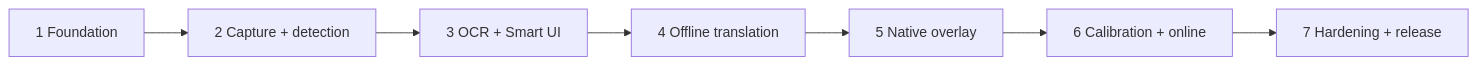
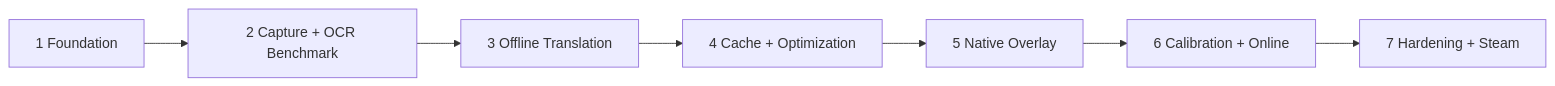
One commit to ajasismedia-dev/Subviora changed the diagram in docs/ROADMAP.md. Above: the diagram before and after it, drawn with Mermaid. The commit also changed other lines of this file and 42 other files, not shown here.

Commit message:
feat: implement game window detection, screen capture, and OCR benchmark (AG-02)

````diff
--- a/docs/ROADMAP.md
+++ b/docs/ROADMAP.md
@@ -17,4 +17,4 @@
 ```mermaid
 flowchart LR
-  S1["1 Foundation"] --> S2["2 Capture + detection"] --> S3["3 OCR + Smart UI"] --> S4["4 Offline translation"] --> S5["5 Native overlay"] --> S6["6 Calibration + online"] --> S7["7 Hardening + release"]
+  S1["1 Foundation"] --> S2["2 Capture + OCR Benchmark"] --> S3["3 Offline Translation"] --> S4["4 Cache + Optimization"] --> S5["5 Native Overlay"] --> S6["6 Calibration + Online"] --> S7["7 Hardening + Steam"]
 ```
````
